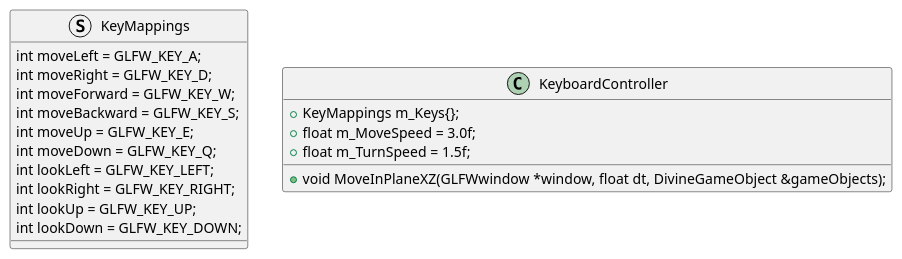
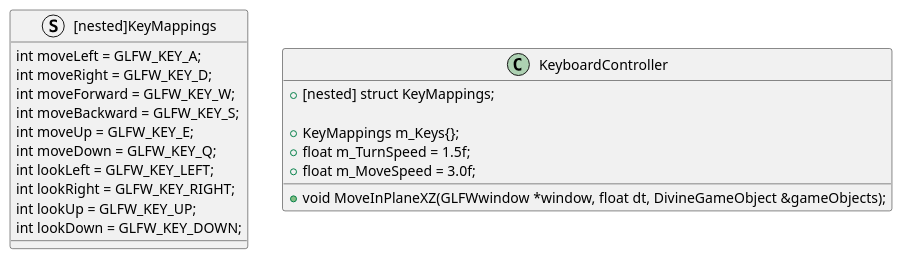
One commit to BravoMando/BasicVulkanWarperUML changed the diagram in src/keyboard_controller.pu. Above: the diagram before and after it, drawn with PlantUML. The commit also changed 28 other files, not shown here.

```diff
--- a/src/keyboard_controller.pu
+++ b/src/keyboard_controller.pu
@@ -1,24 +1,26 @@
 @startuml
-struct KeyMappings
+struct [nested]KeyMappings
 {
     int moveLeft = GLFW_KEY_A;
     int moveRight = GLFW_KEY_D;
     int moveForward = GLFW_KEY_W;
     int moveBackward = GLFW_KEY_S;
     int moveUp = GLFW_KEY_E;
     int moveDown = GLFW_KEY_Q;
     int lookLeft = GLFW_KEY_LEFT;
     int lookRight = GLFW_KEY_RIGHT;
     int lookUp = GLFW_KEY_UP;
     int lookDown = GLFW_KEY_DOWN;
 }
 
 class KeyboardController
 {
-    + void MoveInPlaneXZ(GLFWwindow *window, float dt, DivineGameObject &gameObjects);
+    + [nested] struct KeyMappings;
 
     + KeyMappings m_Keys{};
+    + float m_TurnSpeed = 1.5f;
     + float m_MoveSpeed = 3.0f;
-    + float m_TurnSpeed = 1.5f;
+
+    + void MoveInPlaneXZ(GLFWwindow *window, float dt, DivineGameObject &gameObjects);
 }
 @enduml
```
